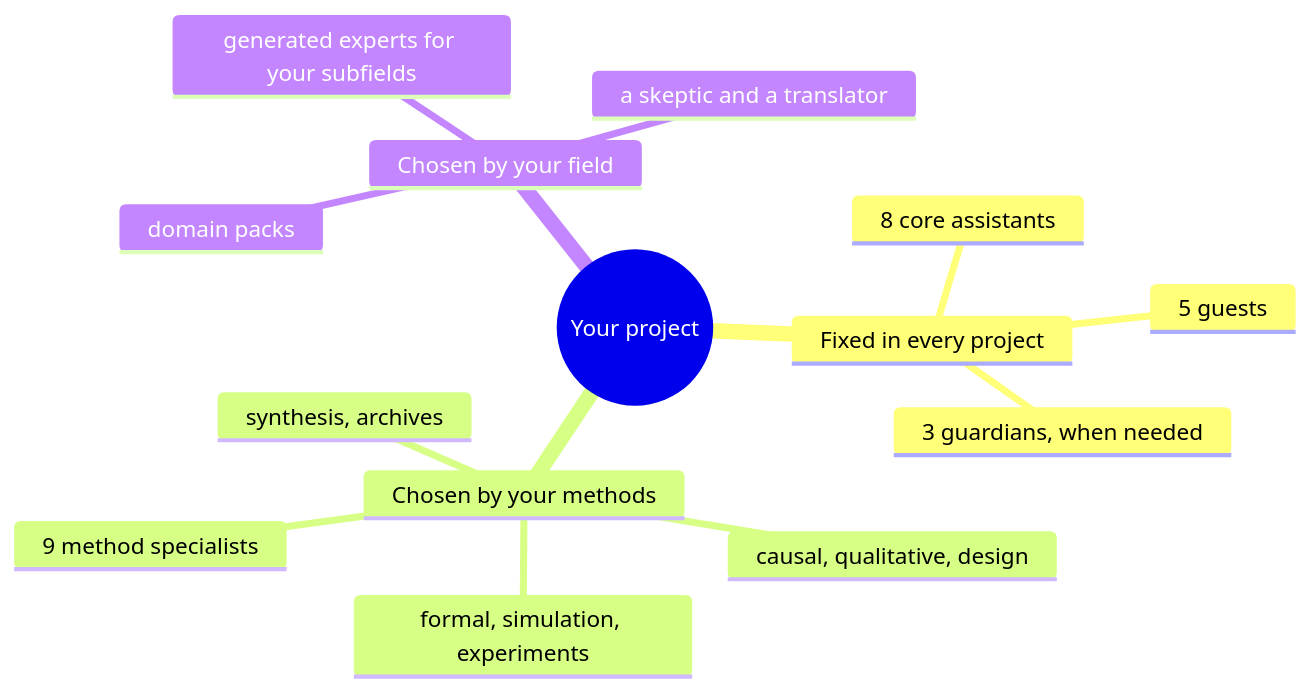
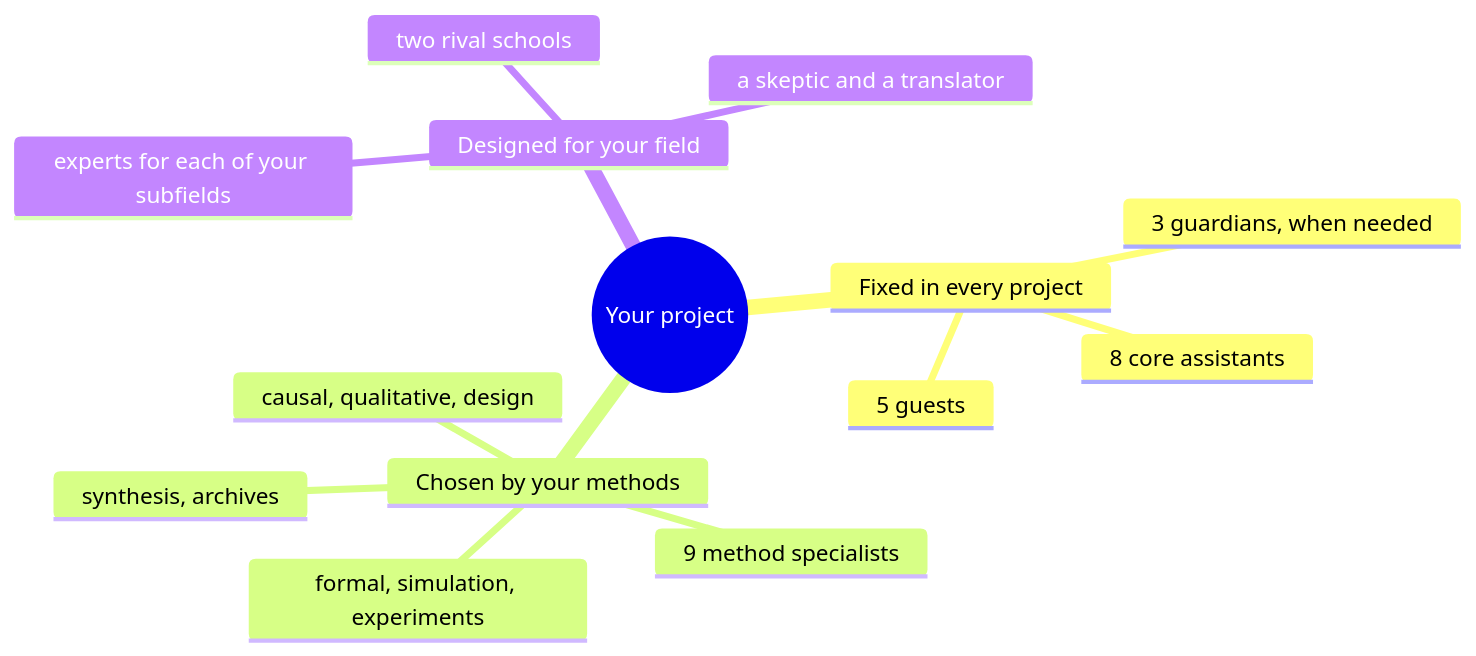
One commit to ozcankasal/ResearchLab changed the fifth of 6 diagrams in README.md. Above: the diagram before and after it, drawn with Mermaid. The commit also changed other lines of this file and 17 other files, not shown here.

````diff
--- a/README.md
+++ b/README.md
@@ -238,17 +238,17 @@
 ```mermaid
 mindmap
   root((Your project))
     Fixed in every project
       8 core assistants
       5 guests
       3 guardians, when needed
     Chosen by your methods
       9 method specialists
       formal, simulation, experiments
       causal, qualitative, design
       synthesis, archives
-    Chosen by your field
-      domain packs
-      generated experts for your subfields
+    Designed for your field
+      experts for each of your subfields
+      two rival schools
       a skeptic and a translator
 ```
````
